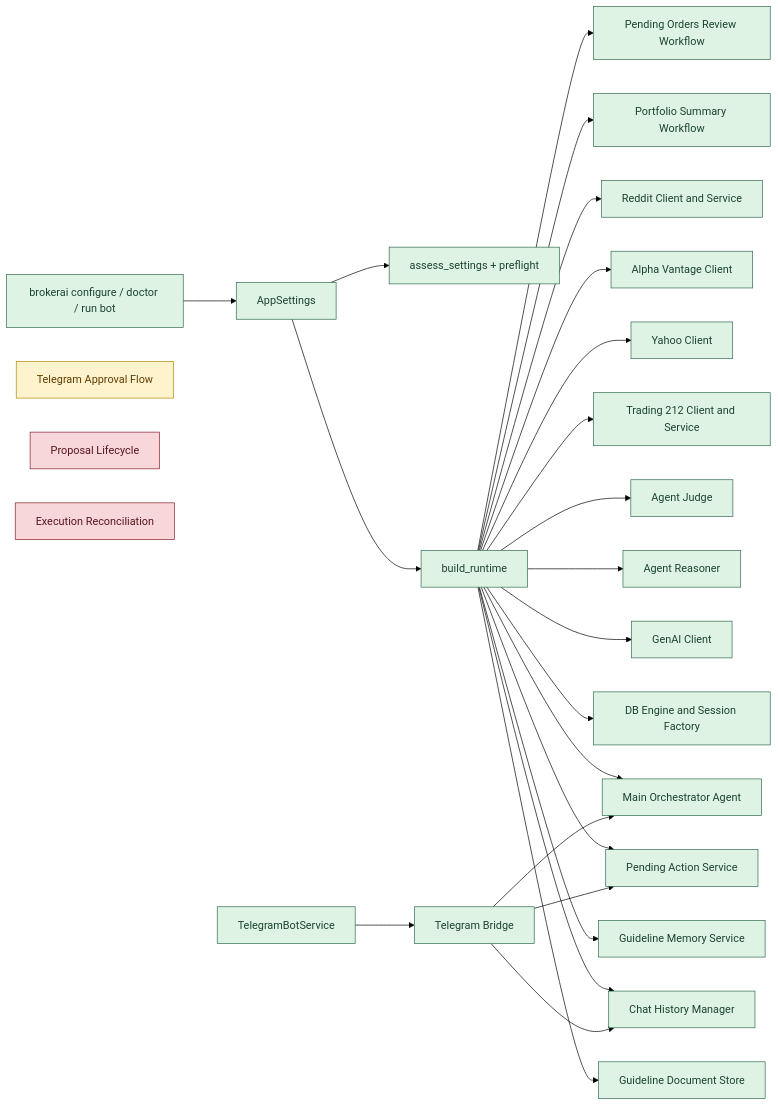
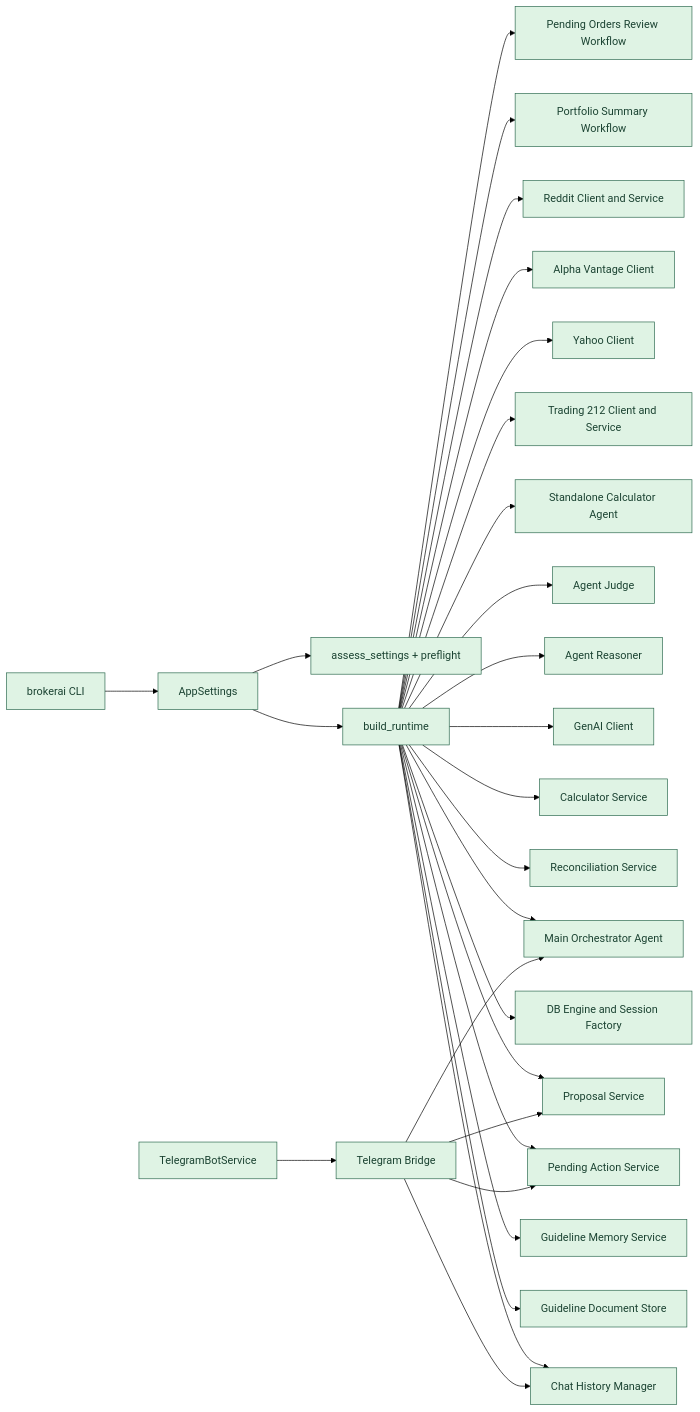
Before and after one commit to applebar17/T212AI: the second of 8 diagrams in docs/ARCHITECTURE_DIAGRAMS.md, drawn with Mermaid (forest theme). The commit also changed other lines of this file and 1 other file, not shown here.

````diff
--- a/docs/ARCHITECTURE_DIAGRAMS.md
+++ b/docs/ARCHITECTURE_DIAGRAMS.md
@@ -45,40 +54,38 @@
 ```mermaid
 flowchart LR
-    CLI[brokerai configure / doctor / run bot] --> SETTINGS[AppSettings]
+    CLI[brokerai CLI] --> SETTINGS[AppSettings]
     SETTINGS --> ASSESS[assess_settings + preflight]
     SETTINGS --> RT[build_runtime]
 
     RT --> GDOC[Guideline Document Store]
     RT --> GSVC[Guideline Memory Service]
     RT --> HIST[Chat History Manager]
     RT --> DB[DB Engine and Session Factory]
     RT --> PACT[Pending Action Service]
+    RT --> PROP[Proposal Service]
+    RT --> RECON[Reconciliation Service]
+    RT --> CALCSVC[Calculator Service]
     RT --> GENAI[GenAI Client]
     RT --> REASON[Agent Reasoner]
     RT --> JUDGE[Agent Judge]
     RT --> ORCH[Main Orchestrator Agent]
+    RT --> CALCAGENT[Standalone Calculator Agent]
 
     RT --> T212[Trading 212 Client and Service]
     RT --> Y[Yahoo Client]
     RT --> A[Alpha Vantage Client]
     RT --> RD[Reddit Client and Service]
     RT --> W1[Portfolio Summary Workflow]
     RT --> W2[Pending Orders Review Workflow]
 
     BOT[TelegramBotService] --> TG[Telegram Bridge]
     TG --> ORCH
     TG --> HIST
     TG --> PACT
-
-    APPROVAL[Telegram Approval Flow]
-    PROPOSAL[Proposal Lifecycle]
-    RECON[Execution Reconciliation]
+    TG --> PROP
 
     classDef wired fill:#dff3e4,stroke:#2d6a4f,color:#1b4332;
     classDef partial fill:#fff3cd,stroke:#b08900,color:#5f3b00;
-    classDef missing fill:#f8d7da,stroke:#842029,color:#58151c;
 
-    class CLI,SETTINGS,ASSESS,RT,GDOC,GSVC,HIST,DB,PACT,GENAI,REASON,JUDGE,ORCH,T212,Y,A,RD,BOT,TG,W1,W2 wired;
-    class APPROVAL partial;
-    class PROPOSAL,RECON missing;
+    class CLI,SETTINGS,ASSESS,RT,GDOC,GSVC,HIST,DB,PACT,PROP,RECON,CALCSVC,GENAI,REASON,JUDGE,ORCH,CALCAGENT,T212,Y,A,RD,BOT,TG,W1,W2 wired;
 ```
````
